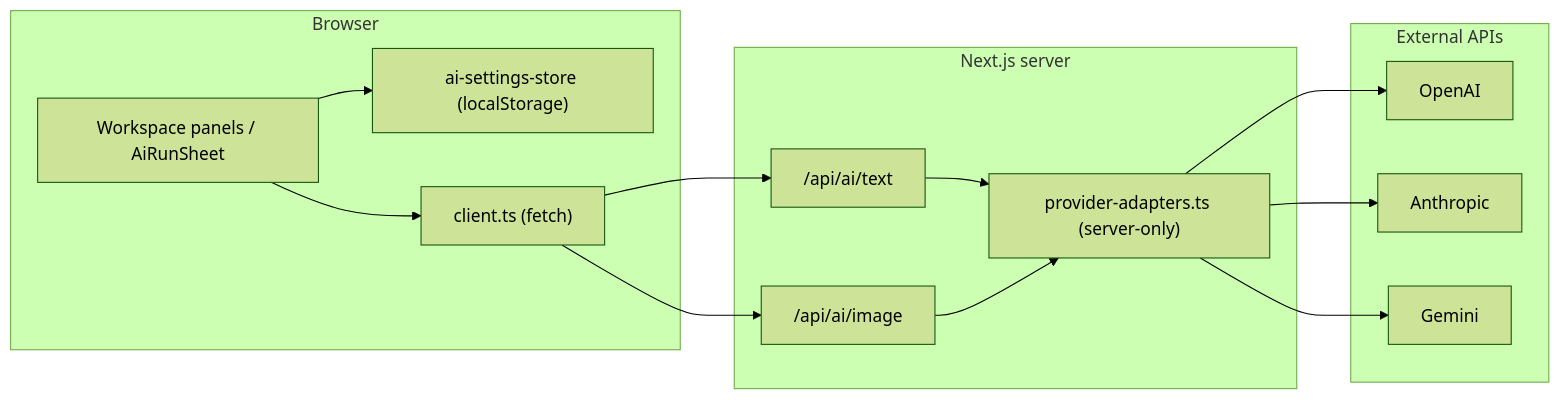
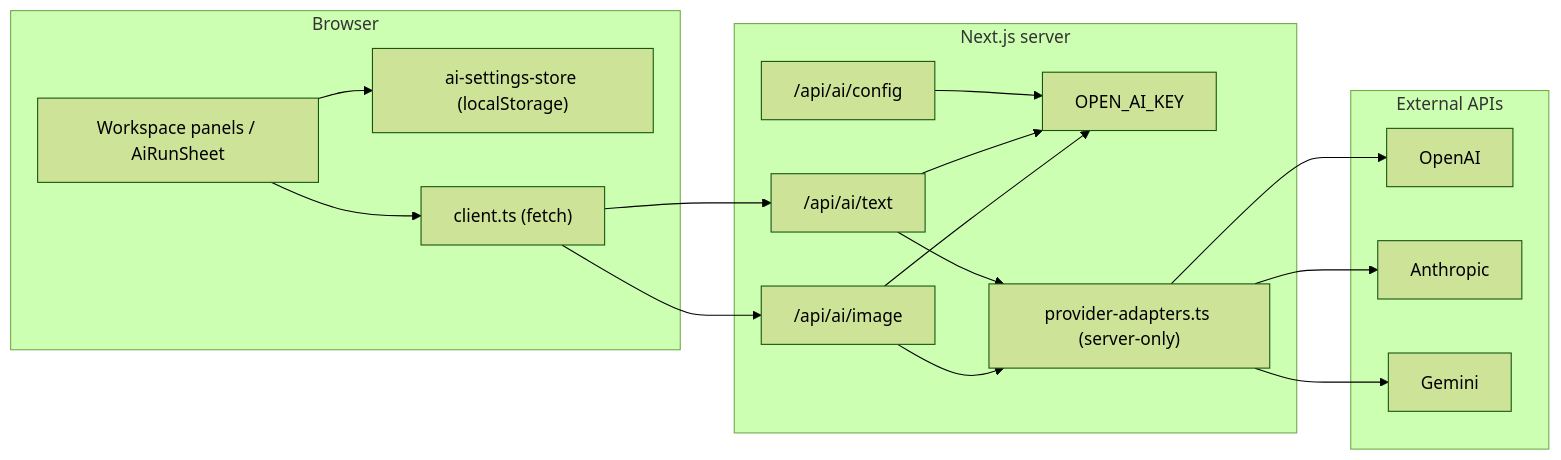
Before and after one commit to Saransh-Sharma/RouteCrafter: the diagram in docs/architecture/ai-integration.md, drawn with Mermaid (forest theme). The commit also changed other lines of this file and 7 other files, not shown here.

````diff
--- a/docs/architecture/ai-integration.md
+++ b/docs/architecture/ai-integration.md
@@ -12,30 +12,35 @@
 ```mermaid
 flowchart LR
   subgraph client [Browser]
     UI["Workspace panels / AiRunSheet"]
     Store["ai-settings-store (localStorage)"]
     Client["client.ts (fetch)"]
     UI --> Store
     UI --> Client
   end
 
   subgraph server [Next.js server]
     TextRoute["/api/ai/text"]
     ImageRoute["/api/ai/image"]
+    ConfigRoute["/api/ai/config"]
+    ServerKey["OPEN_AI_KEY"]
     Adapters["provider-adapters.ts (server-only)"]
+    ConfigRoute --> ServerKey
+    TextRoute --> ServerKey
+    ImageRoute --> ServerKey
     TextRoute --> Adapters
     ImageRoute --> Adapters
   end
 
   subgraph providers [External APIs]
     OpenAI
     Anthropic
     Gemini
   end
 
   Client --> TextRoute
   Client --> ImageRoute
   Adapters --> OpenAI
   Adapters --> Anthropic
   Adapters --> Gemini
 ```
````
